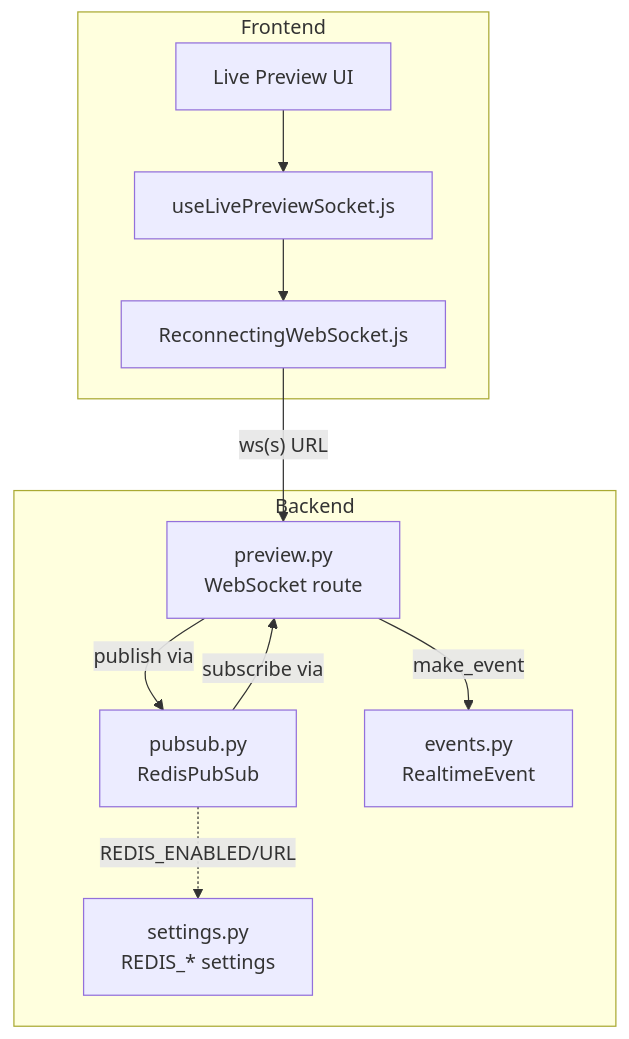
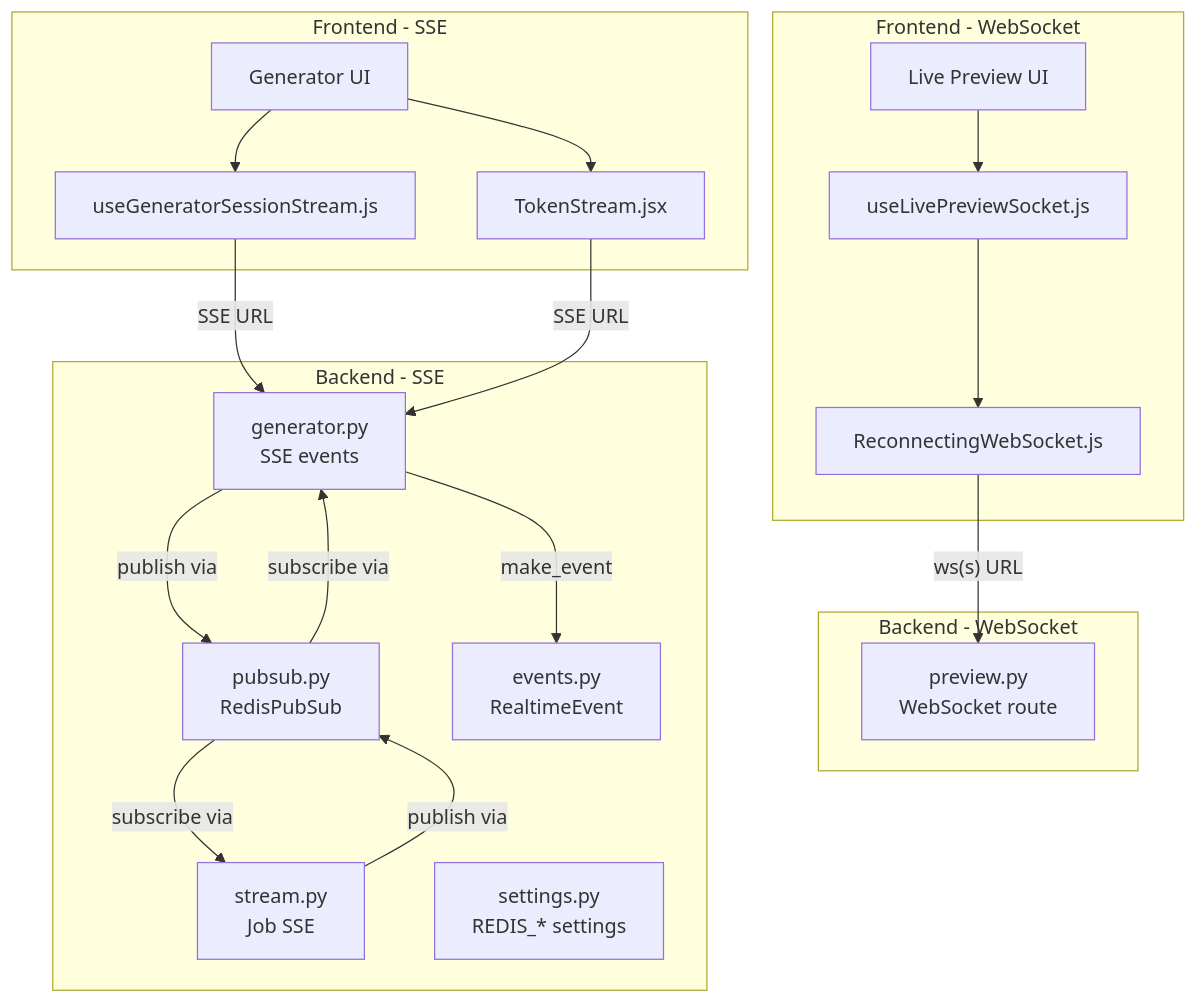
The first of 6 diagrams in .qoder/repowiki/en/content/Frontend Development/Real-time Features/WebSocket Implementation.md (rohitkumarnaidu/-Auto-AI-Automated-Academic-Docx-Manuscript-Formatter), drawn with Mermaid before and after one commit. The commit also changed other lines of this file and 160 other files, not shown here.

````diff
--- a/.qoder/repowiki/en/content/Frontend Development/Real-time Features/WebSocket Implementation.md
+++ b/.qoder/repowiki/en/content/Frontend Development/Real-time Features/WebSocket Implementation.md
@@ -33,21 +44,35 @@
 ```mermaid
 graph TB
-subgraph "Frontend"
+subgraph "Frontend - WebSocket"
 Hook["useLivePreviewSocket.js"]
 RWS["ReconnectingWebSocket.js"]
 UI["Live Preview UI"]
 end
-subgraph "Backend"
+subgraph "Frontend - SSE"
+GenHook["useGeneratorSessionStream.js"]
+TokenStream["TokenStream.jsx"]
+SSEUI["Generator UI"]
+end
+subgraph "Backend - WebSocket"
 WSRoute["preview.py<br/>WebSocket route"]
+end
+subgraph "Backend - SSE"
+GenRoute["generator.py<br/>SSE events"]
+StreamRoute["stream.py<br/>Job SSE"]
 PubSub["pubsub.py<br/>RedisPubSub"]
 Events["events.py<br/>RealtimeEvent"]
 Settings["settings.py<br/>REDIS_* settings"]
 end
 UI --> Hook
 Hook --> RWS
 RWS --> |"ws(s) URL"| WSRoute
-WSRoute --> |"publish via"| PubSub
-PubSub --> |"subscribe via"| WSRoute
-WSRoute --> |"make_event"| Events
-PubSub -.->|"REDIS_ENABLED/URL"| Settings
+SSEUI --> GenHook
+GenHook --> |"SSE URL"| GenRoute
+GenRoute --> |"publish via"| PubSub
+PubSub --> |"subscribe via"| GenRoute
+GenRoute --> |"make_event"| Events
+SSEUI --> TokenStream
+TokenStream --> |"SSE URL"| GenRoute
+StreamRoute --> |"publish via"| PubSub
+PubSub --> |"subscribe via"| StreamRoute
 ```
````
